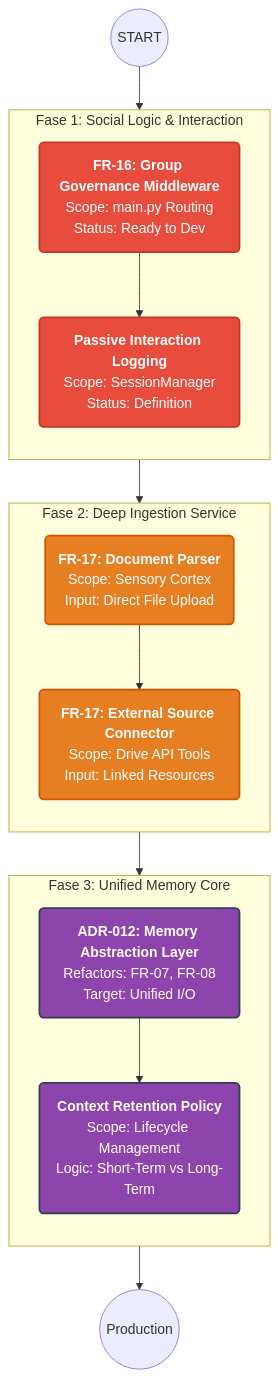
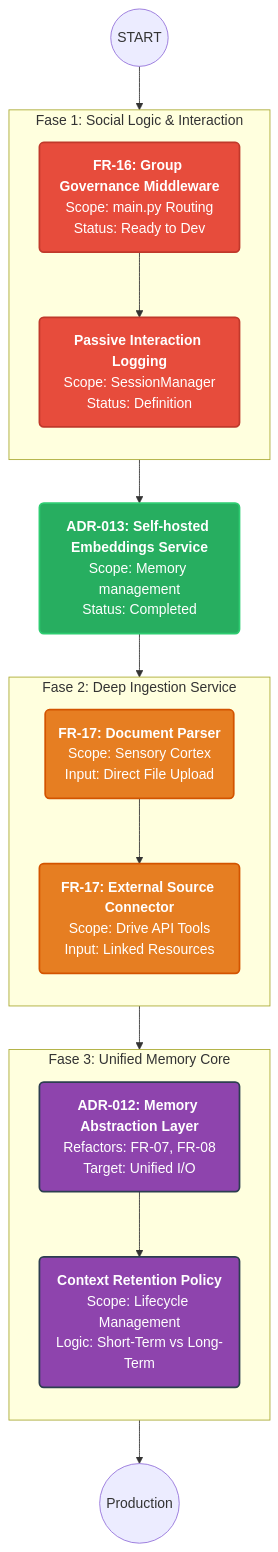
One commit to DavidGCalles/lifeOS changed the diagram in readme.md. Above: the diagram before and after it, drawn with Mermaid. The commit also changed 1 other file, not shown here.

Commit message:
Lets see if we can fucking launch the service

````diff
--- a/readme.md
+++ b/readme.md
@@ -88,40 +88,43 @@
 ```mermaid
 graph TD
     %% DEFINICIÓN DE CLASES Y ESTILOS
     classDef urgent fill:#e74c3c,stroke:#c0392b,stroke-width:2px,color:#fff;
     classDef high fill:#e67e22,stroke:#d35400,stroke-width:2px,color:#fff;
     classDef complex fill:#8e44ad,stroke:#2c3e50,stroke-width:2px,color:#fff;
     classDef done fill:#27ae60,stroke:#2ecc71,stroke-width:2px,color:#fff;
 
     %% --- FASE 1: PROTOCOLOS DE INTERACCIÓN ---
     subgraph Phase1 [Fase 1: Social Logic & Interaction]
         direction TB
         FR16_Logic(<b>FR-16: Group Governance Middleware</b><br/>Scope: main.py Routing<br/>Status: Ready to Dev):::urgent
         FR16_Logs(<b>Passive Interaction Logging</b><br/>Scope: SessionManager<br/>Status: Definition):::urgent
     end
 
     %% --- FASE 2: INGESTA DE DOCUMENTOS ---
     subgraph Phase2 [Fase 2: Deep Ingestion Service]
         direction TB
         FR17_Doc(<b>FR-17: Document Parser</b><br/>Scope: Sensory Cortex<br/>Input: Direct File Upload):::high
         FR17_Drive(<b>FR-17: External Source Connector</b><br/>Scope: Drive API Tools<br/>Input: Linked Resources):::high
     end
 
+    ADR13_Embed(<b>ADR-013: Self-hosted Embeddings Service</b><br/>Scope: Memory management<br/>Status: Completed):::done
+
     %% --- FASE 3: ARQUITECTURA DE MEMORIA ---
     subgraph Phase3 [Fase 3: Unified Memory Core]
         direction TB
         ADR12_Interface(<b>ADR-012: Memory Abstraction Layer</b><br/>Refactors: FR-07, FR-08<br/>Target: Unified I/O):::complex
         ADR12_RAG(<b>Context Retention Policy</b><br/>Scope: Lifecycle Management<br/>Logic: Short-Term vs Long-Term):::complex
     end
 
     %% DEPENDENCIAS
     FR16_Logic --> FR16_Logs
-    FR16_Logs --> FR17_Doc
+    FR16_Logs --> ADR13_Embed
+    ADR13_Embed --> FR17_Doc
     FR17_Doc --> FR17_Drive
     FR17_Drive --> ADR12_Interface
     ADR12_Interface --> ADR12_RAG
 
     %% FLUJO
     Start((START)) --> Phase1
     Phase3 --> End((Production))
 ```
````
